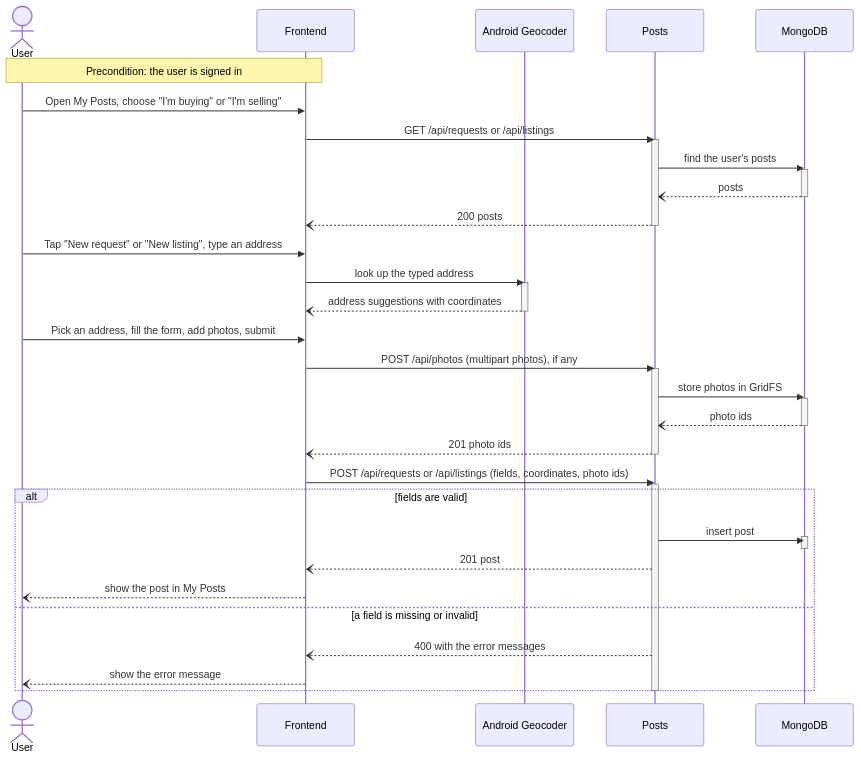
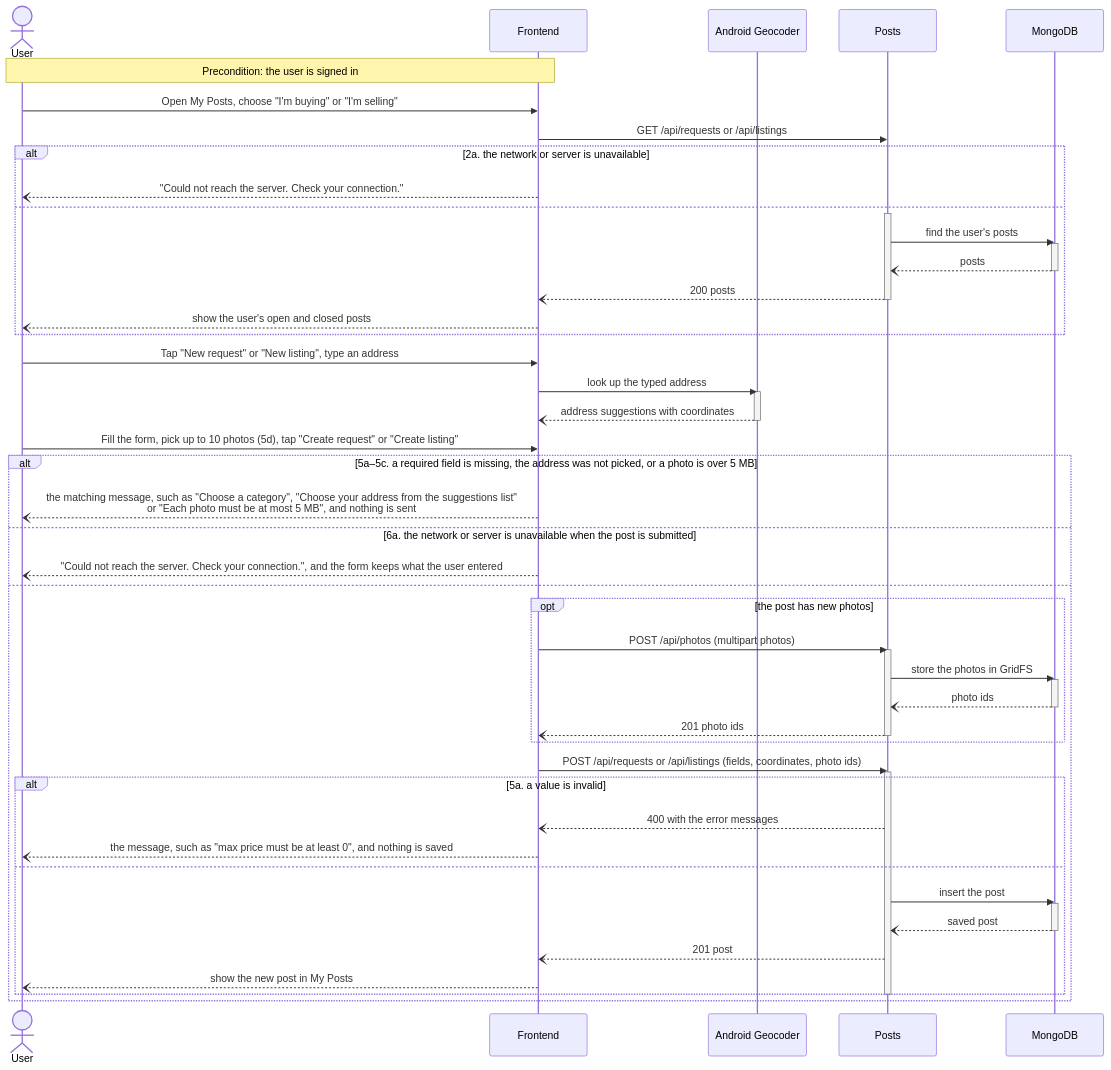
The second of 6 diagrams in documentation/Requirements_and_Design.md (UBC-CPEN-V-321/W2026), drawn with Mermaid before and after one commit. The commit also changed other lines of this file and 1 other file, not shown here.

First line of the commit message:
docs: record the CP3 peer reviews and show every failure in the sequence diagrams (#214)

````diff
--- a/documentation/Requirements_and_Design.md
+++ b/documentation/Requirements_and_Design.md
@@ -484,45 +485,59 @@
 ```mermaid
 sequenceDiagram
     actor U as User
     participant FE as Frontend
     participant GEO as Android Geocoder
     participant P as Posts
     participant DB as MongoDB
     Note over U,FE: Precondition: the user is signed in
     U->>FE: Open My Posts, choose "I'm buying" or "I'm selling"
     FE->>P: GET /api/requests or /api/listings
-    activate P
-    P->>DB: find the user's posts
-    activate DB
-    DB--)P: posts
-    deactivate DB
-    P--)FE: 200 posts
-    deactivate P
+    alt 2a. the network or server is unavailable
+        FE--)U: "Could not reach the server. Check your connection."
+    else
+        activate P
+        P->>DB: find the user's posts
+        activate DB
+        DB--)P: posts
+        deactivate DB
+        P--)FE: 200 posts
+        deactivate P
+        FE--)U: show the user's open and closed posts
+    end
     U->>FE: Tap "New request" or "New listing", type an address
     FE->>GEO: look up the typed address
     activate GEO
     GEO--)FE: address suggestions with coordinates
     deactivate GEO
-    U->>FE: Pick an address, fill the form, add photos, submit
-    FE->>P: POST /api/photos (multipart photos), if any
-    activate P
-    P->>DB: store photos in GridFS
-    activate DB
-    DB--)P: photo ids
-    deactivate DB
-    P--)FE: 201 photo ids
-    deactivate P
-    FE->>P: POST /api/requests or /api/listings (fields, coordinates, photo ids)
-    activate P
-    alt fields are valid
-        P->>DB: insert post
-        activate DB
-        deactivate DB
-        P--)FE: 201 post
-        FE--)U: show the post in My Posts
-    else a field is missing or invalid
-        P--)FE: 400 with the error messages
-        FE--)U: show the error message
+    U->>FE: Fill the form, pick up to 10 photos (5d), tap "Create request" or "Create listing"
+    alt 5a–5c. a required field is missing, the address was not picked, or a photo is over 5 MB
+        FE--)U: the matching message, such as "Choose a category", "Choose your address from the suggestions list"<br/>or "Each photo must be at most 5 MB", and nothing is sent
+    else 6a. the network or server is unavailable when the post is submitted
+        FE--)U: "Could not reach the server. Check your connection.", and the form keeps what the user entered
+    else
+        opt the post has new photos
+            FE->>P: POST /api/photos (multipart photos)
+            activate P
+            P->>DB: store the photos in GridFS
+            activate DB
+            DB--)P: photo ids
+            deactivate DB
+            P--)FE: 201 photo ids
+            deactivate P
+        end
+        FE->>P: POST /api/requests or /api/listings (fields, coordinates, photo ids)
+        activate P
+        alt 5a. a value is invalid
+            P--)FE: 400 with the error messages
+            FE--)U: the message, such as "max price must be at least 0", and nothing is saved
+        else
+            P->>DB: insert the post
+            activate DB
+            DB--)P: saved post
+            deactivate DB
+            P--)FE: 201 post
+            FE--)U: show the new post in My Posts
+        end
+        deactivate P
     end
-    deactivate P
 ```
````
